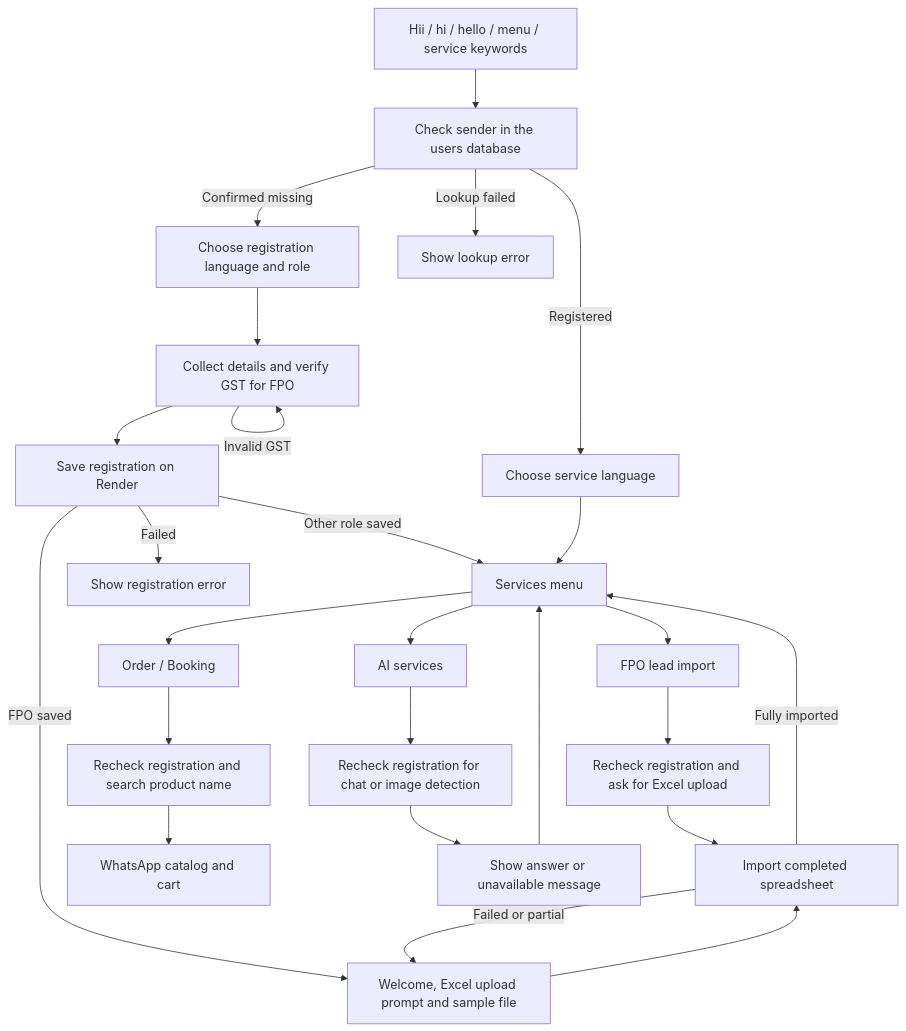
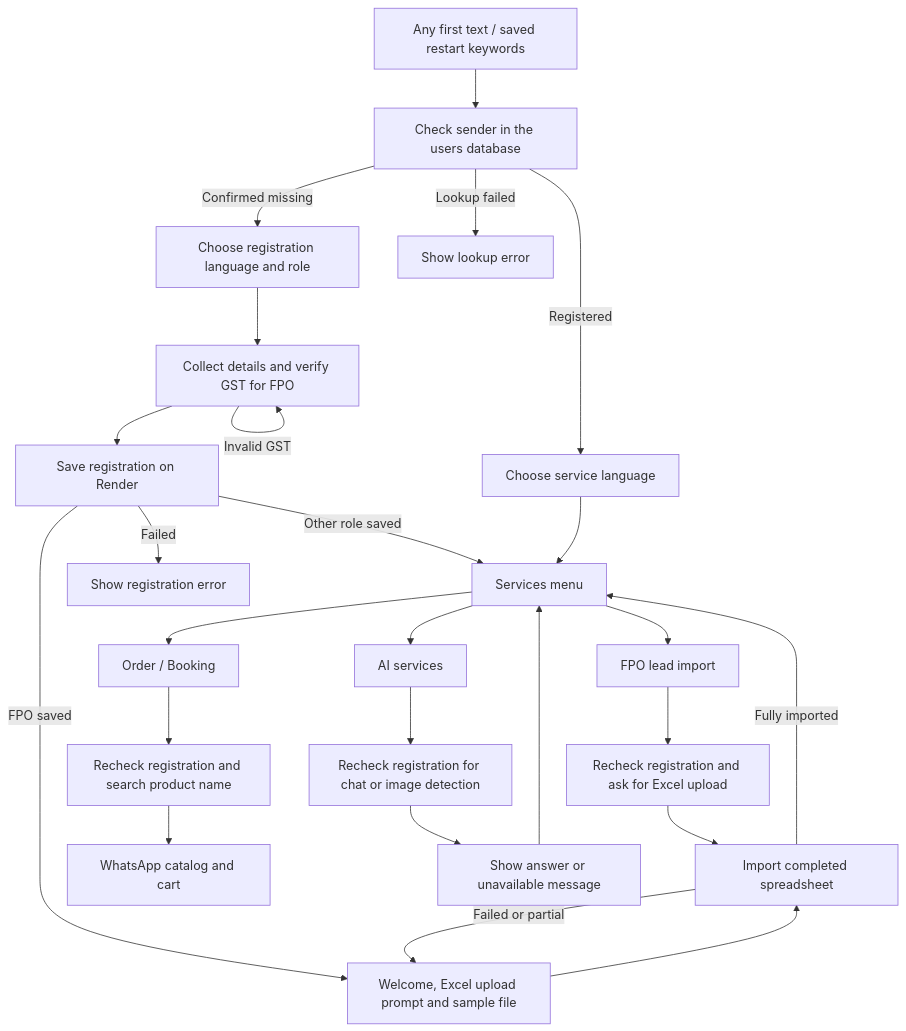
Before and after one commit to Krishivan9900/console_api: the diagram in docs/unified-chatbot-flow.md, drawn with Mermaid. The commit also changed other lines of this file and 19 other files, not shown here.

Commit message:
Start chatbots from any first text and validate FPO spreadsheet headers

````diff
--- a/docs/unified-chatbot-flow.md
+++ b/docs/unified-chatbot-flow.md
@@ -5,27 +5,27 @@
 ```mermaid
 flowchart TD
-  A[Hii / hi / hello / menu / service keywords] --> B[Check sender in the users database]
+  A[Any first text / saved restart keywords] --> B[Check sender in the users database]
   B -->|Registered| C[Choose service language]
   B -->|Confirmed missing| D[Choose registration language and role]
   B -->|Lookup failed| E[Show lookup error]
   D --> F[Collect details and verify GST for FPO]
   F -->|Invalid GST| F
   F --> G[Save registration on Render]
   G -->|FPO saved| U[Welcome, Excel upload prompt and sample file]
   U --> V[Import completed spreadsheet]
   V -->|Fully imported| H[Services menu]
   V -->|Failed or partial| U
   G -->|Other role saved| H
   G -->|Failed| I[Show registration error]
   C --> H
   H --> J[Order / Booking]
   H --> K[AI services]
   H --> L[FPO lead import]
   J --> M[Recheck registration and search product name]
   M --> N[WhatsApp catalog and cart]
   K --> O[Recheck registration for chat or image detection]
   O --> P[Show answer or unavailable message]
   P --> H
   L --> Q[Recheck registration and ask for Excel upload]
   Q --> V
 ```
````
